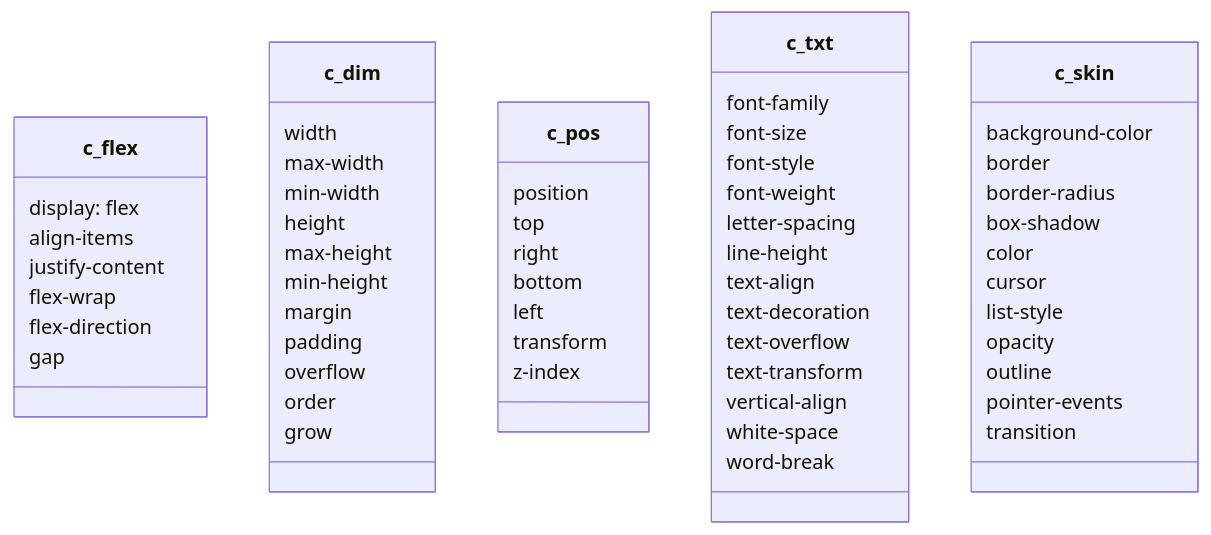
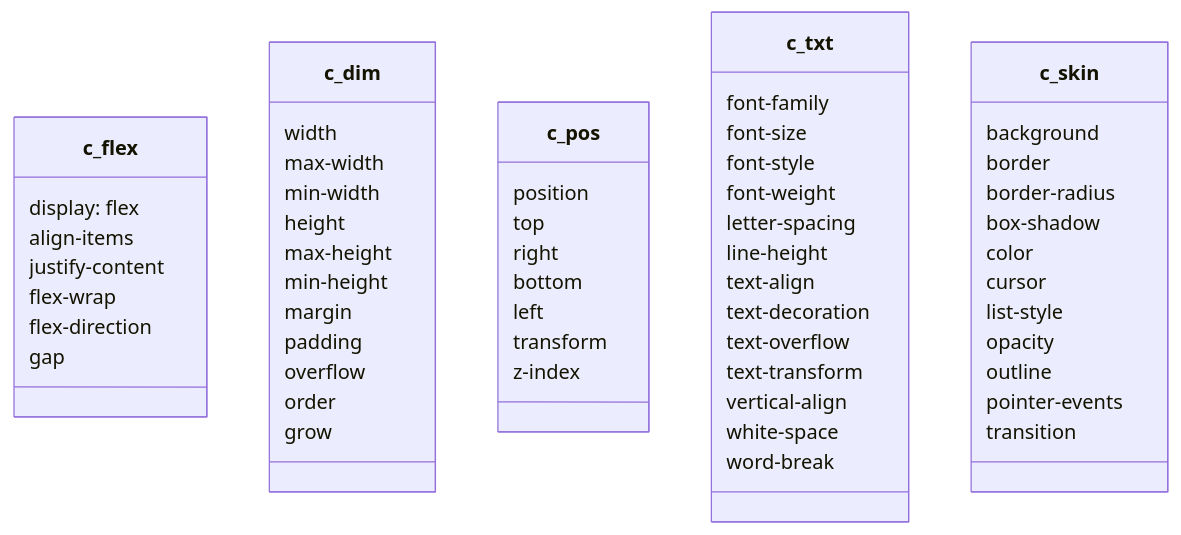
Before and after one commit to ita-design-system/.github: the first of 2 diagrams in README.md, drawn with Mermaid.

````diff
--- a/README.md
+++ b/README.md
@@ -26,61 +26,61 @@
 ```mermaid
 classDiagram
     class c_flex {
         display: flex
         align-items
         justify-content
         flex-wrap
         flex-direction
         gap
     }
     class c_dim {
         width
         max-width
         min-width
         height
         max-height
         min-height
         margin
         padding
         overflow
         order
         grow
     }
     class c_pos {
         position
         top
         right
         bottom
         left
         transform
         z-index
     }
     class c_txt {
         font-family
         font-size
         font-style
         font-weight
         letter-spacing
         line-height
         text-align
         text-decoration
         text-overflow
         text-transform
         vertical-align
         white-space
         word-break
     }
     class c_skin {
-        background-color
+        background
         border
         border-radius
         box-shadow
         color
         cursor
         list-style
         opacity
         outline
         pointer-events
         transition
     }
  ```
````
